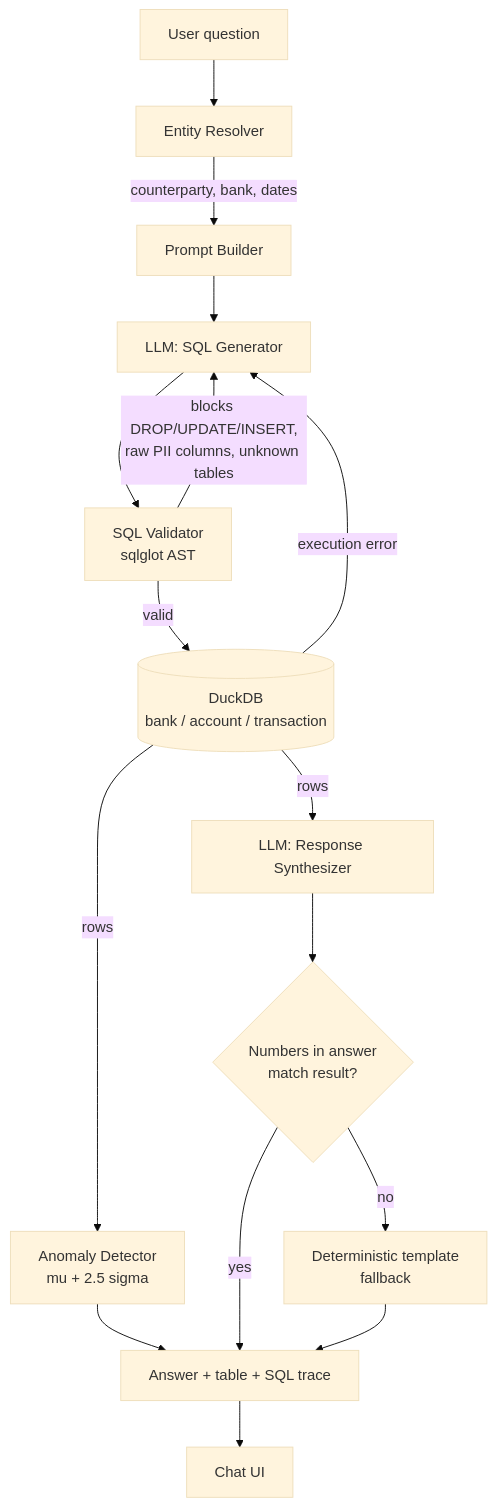
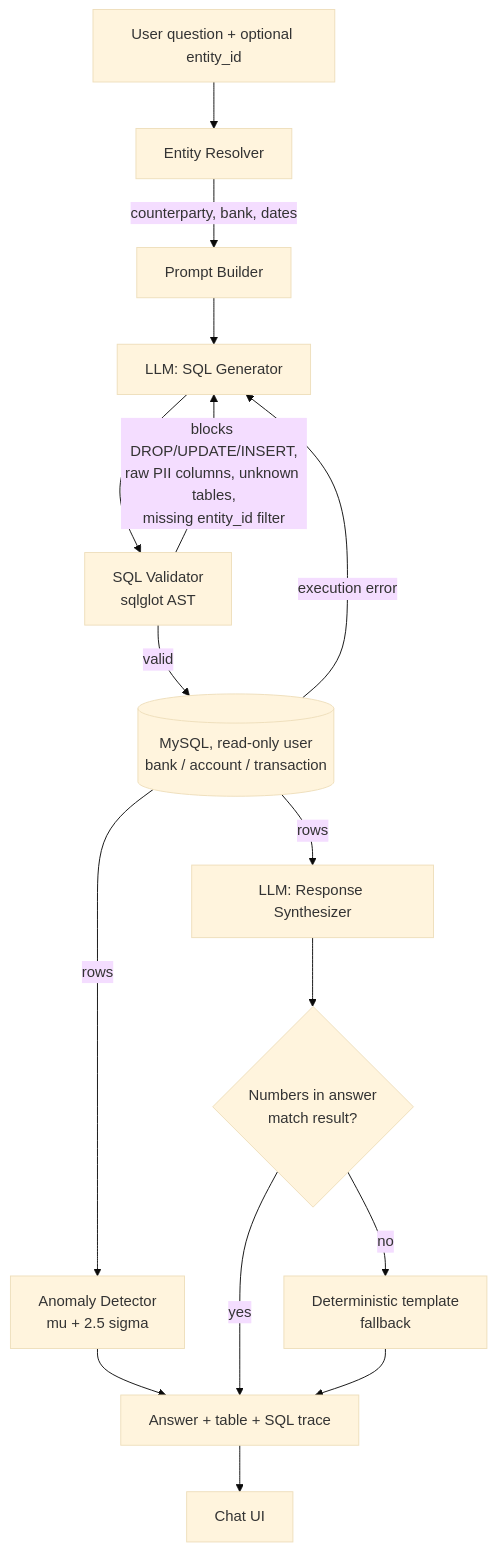
Before and after one commit to SEERAPUSANKARARAO/TBX-hack: the diagram in README.md, drawn with Mermaid (base theme). The commit also changed other lines of this file and 26 other files, not shown here.

First line of the commit message:
Migrate to MySQL, fix multi-account data model, add entity scoping

````diff
--- a/README.md
+++ b/README.md
@@ -11,18 +11,18 @@
 ```mermaid
 flowchart TD
-    U[User question] --> ER[Entity Resolver]
+    U[User question + optional entity_id] --> ER[Entity Resolver]
     ER -->|counterparty, bank, dates| PB[Prompt Builder]
     PB --> LLM1[LLM: SQL Generator]
     LLM1 --> VAL[SQL Validator\nsqlglot AST]
-    VAL -->|blocks DROP/UPDATE/INSERT,\nraw PII columns, unknown tables| LLM1
-    VAL -->|valid| DB[(DuckDB\nbank / account / transaction)]
+    VAL -->|blocks DROP/UPDATE/INSERT,\nraw PII columns, unknown tables,\nmissing entity_id filter| LLM1
+    VAL -->|valid| DB[(MySQL, read-only user\nbank / account / transaction)]
     DB -->|execution error| LLM1
     DB -->|rows| ANOM[Anomaly Detector\nmu + 2.5 sigma]
     DB -->|rows| LLM2[LLM: Response Synthesizer]
     LLM2 --> VERIFY{Numbers in answer\nmatch result?}
     VERIFY -->|yes| ANSWER[Answer + table + SQL trace]
     VERIFY -->|no| TEMPLATE[Deterministic template\nfallback]
     ANOM --> ANSWER
     TEMPLATE --> ANSWER
     ANSWER --> UI[Chat UI]
 ```
````
